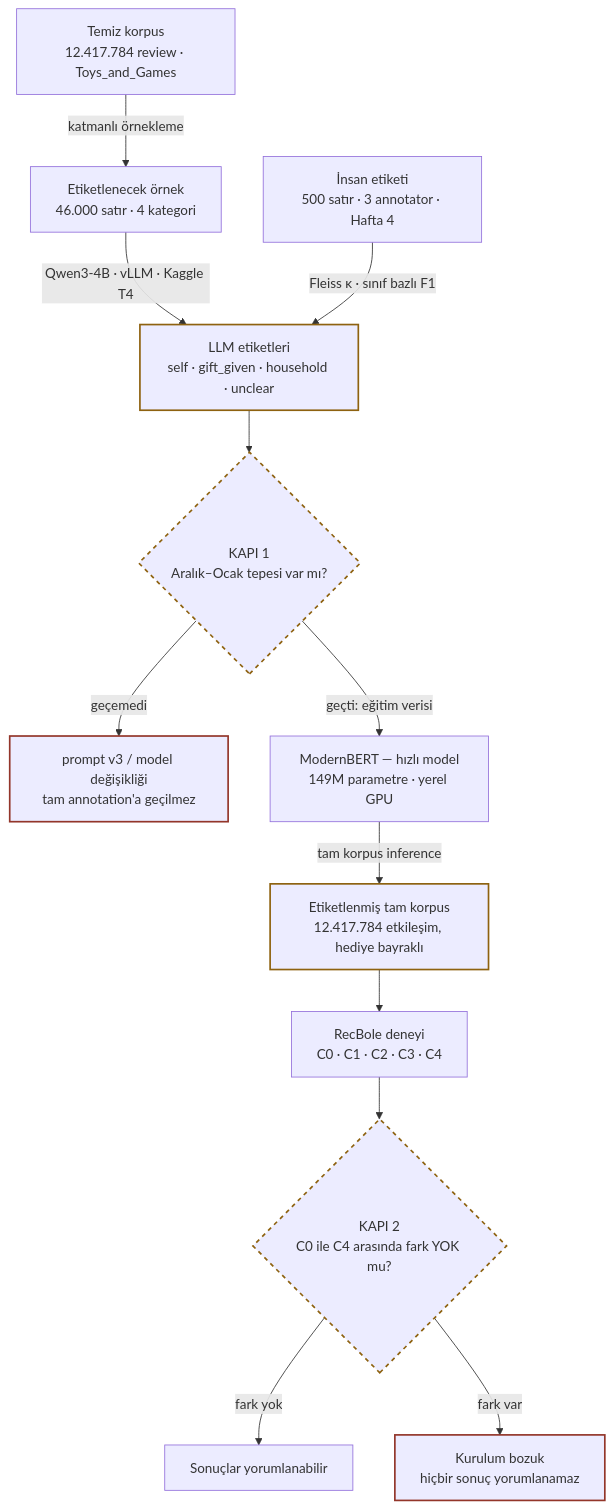
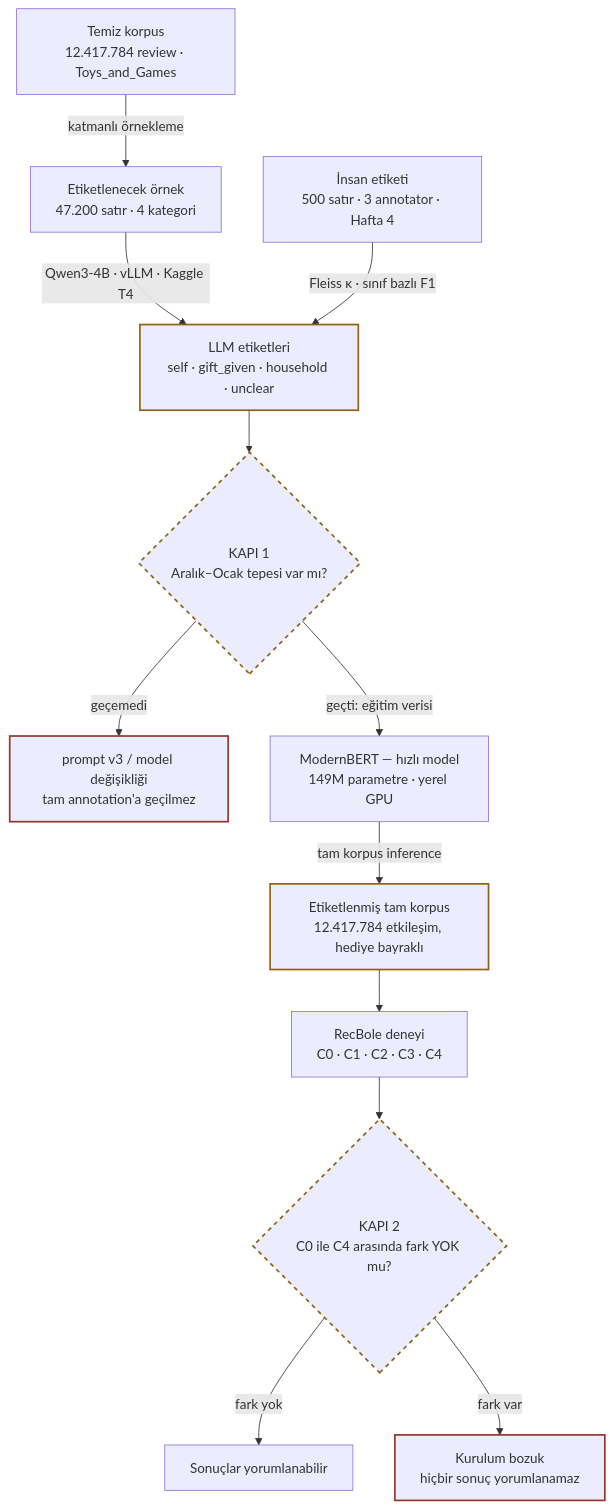
One commit to edasaruhan/SIC_AI_17_Capstone_Group_2 changed the diagram in repo/docs/GENEL_BAKIS.md. Above: the diagram before and after it, drawn with Mermaid. The commit also changed other lines of this file and 25 other files, not shown here.

````diff
--- a/repo/docs/GENEL_BAKIS.md
+++ b/repo/docs/GENEL_BAKIS.md
@@ -78,34 +78,34 @@
 ```mermaid
 flowchart TD
     A["Temiz korpus<br/>12.417.784 review · Toys_and_Games"]
-    B["Etiketlenecek örnek<br/>46.000 satır · 4 kategori"]
+    B["Etiketlenecek örnek<br/>47.200 satır · 4 kategori"]
     C["LLM etiketleri<br/>self · gift_given · household · unclear"]
     H["İnsan etiketi<br/>500 satır · 3 annotator · Hafta 4"]
     G1{"KAPI 1<br/>Aralık–Ocak tepesi var mı?"}
     P["prompt v3 / model değişikliği<br/>tam annotation'a geçilmez"]
     D["ModernBERT — hızlı model<br/>149M parametre · yerel GPU"]
     E["Etiketlenmiş tam korpus<br/>12.417.784 etkileşim, hediye bayraklı"]
     F["RecBole deneyi<br/>C0 · C1 · C2 · C3 · C4"]
     G2{"KAPI 2<br/>C0 ile C4 arasında fark YOK mu?"}
     R["Sonuçlar yorumlanabilir"]
     INV["Kurulum bozuk<br/>hiçbir sonuç yorumlanamaz"]
 
     A -->|"katmanlı örnekleme"| B
     B -->|"Qwen3-4B · vLLM · Kaggle T4"| C
     H -->|"Fleiss κ · sınıf bazlı F1"| C
     C --> G1
     G1 -->|"geçti: eğitim verisi"| D
     G1 -->|"geçemedi"| P
     D -->|"tam korpus inference"| E
     E --> F
     F --> G2
     G2 -->|"fark yok"| R
     G2 -->|"fark var"| INV
 
     classDef gift stroke:#8E6210,stroke-width:2px
     classDef gate stroke:#8E6210,stroke-width:2px,stroke-dasharray:5
     classDef stop stroke:#93362A,stroke-width:2px
     class C,E gift
     class G1,G2 gate
     class P,INV stop
 ```
````
